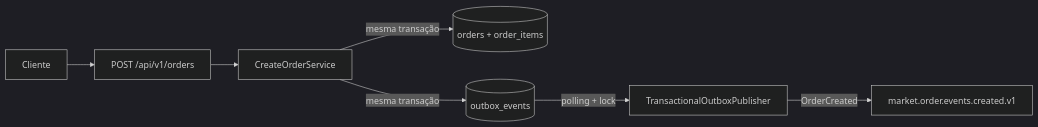
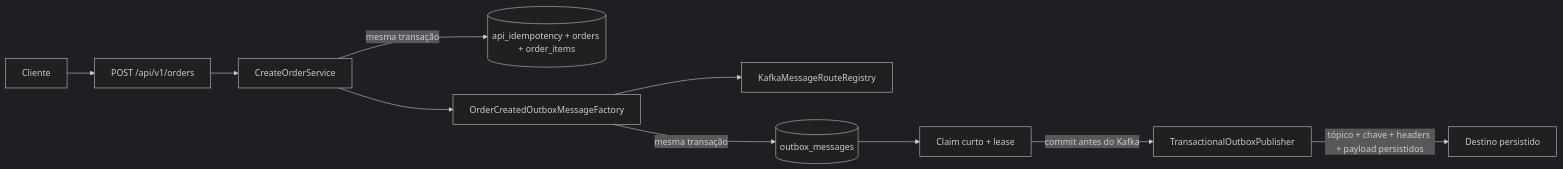
One commit to marcusvbrangel/market changed the diagram in order/docs/kafka-outbox.md. Above: the diagram before and after it, drawn with Mermaid (dark theme). The commit also changed other lines of this file and 36 other files, not shown here.

Commit message:
feat: generalize order transactional outbox

````diff
--- a/order/docs/kafka-outbox.md
+++ b/order/docs/kafka-outbox.md
@@ -11,17 +11,23 @@
 ```mermaid
 flowchart LR
     Client[Cliente]
     API[POST /api/v1/orders]
     Service[CreateOrderService]
-    DB[(orders + order_items)]
-    Outbox[(outbox_events)]
+    DB[(api_idempotency + orders + order_items)]
+    Factory[OrderCreatedOutboxMessageFactory]
+    Routes[KafkaMessageRouteRegistry]
+    Outbox[(outbox_messages)]
+    Claim[Claim curto + lease]
     Publisher[TransactionalOutboxPublisher]
-    Kafka[market.order.events.created.v1]
+    Kafka[Destino persistido]
 
     Client --> API
     API --> Service
     Service -->|mesma transação| DB
-    Service -->|mesma transação| Outbox
-    Outbox -->|polling + lock| Publisher
-    Publisher -->|OrderCreated| Kafka
+    Service --> Factory
+    Factory --> Routes
+    Factory -->|mesma transação| Outbox
+    Outbox --> Claim
+    Claim -->|commit antes do Kafka| Publisher
+    Publisher -->|tópico + chave + headers + payload persistidos| Kafka
 ```
````
